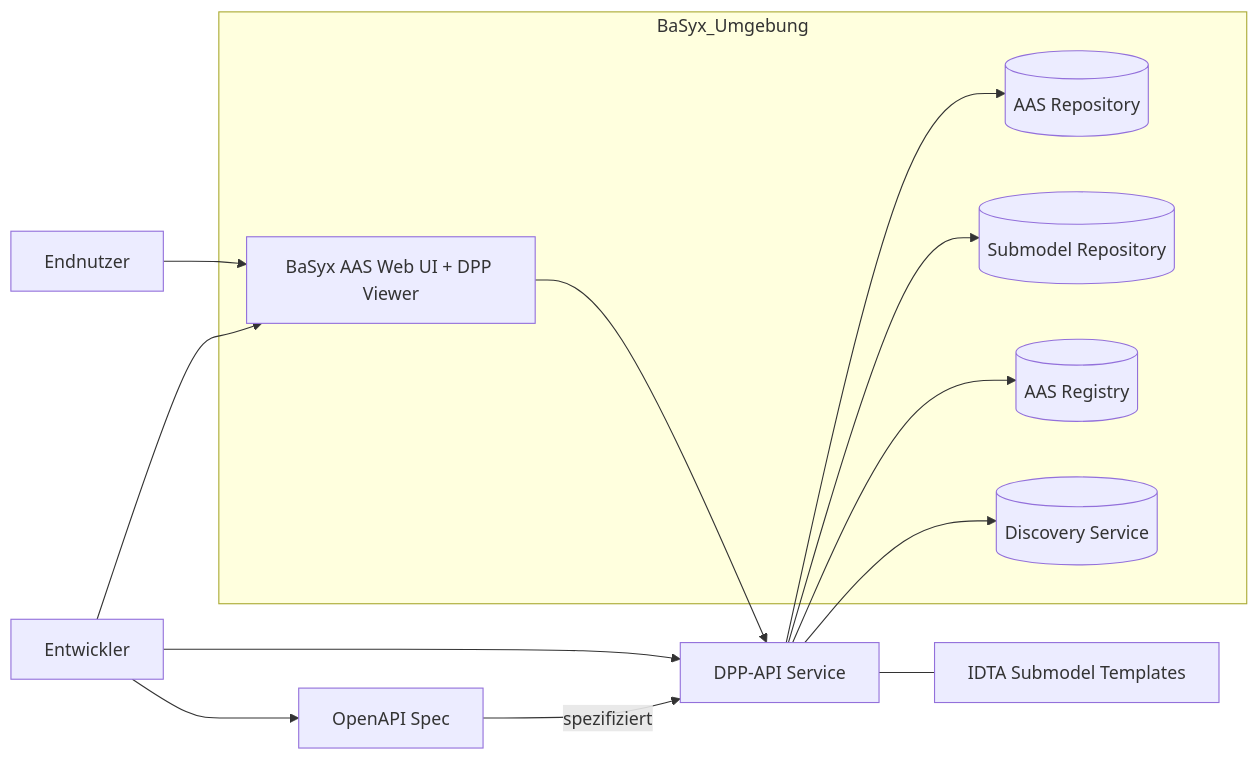
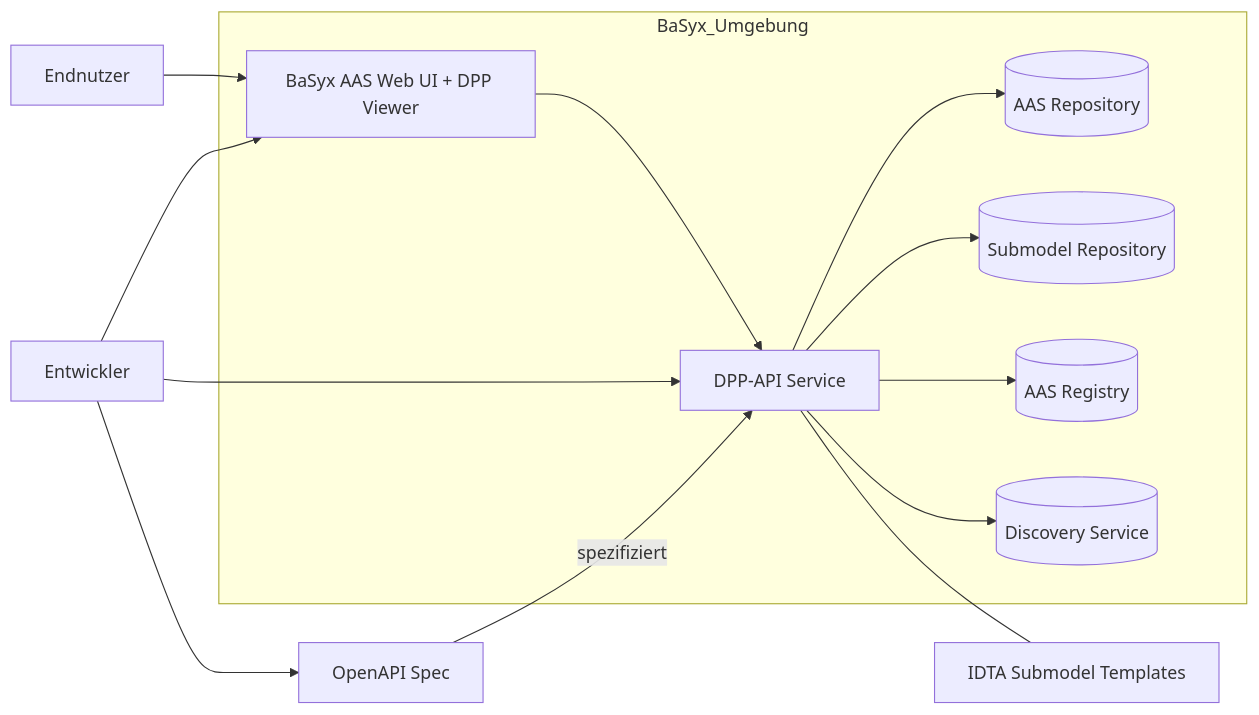
Before and after one commit to DHBW-TINF24F/Team6-BaSyx-DPP-API: the first of 2 diagrams in PROJECT/SRS/SRS.md, drawn with Mermaid. The commit also changed other lines of this file, not shown here.

````diff
--- a/PROJECT/SRS/SRS.md
+++ b/PROJECT/SRS/SRS.md
@@ -85,32 +83,32 @@
 ```mermaid
 graph LR
   %% Systemkontext DPP-API im BaSyx-Stack
   subgraph BaSyx_Umgebung
     WebUI[BaSyx AAS Web UI + DPP Viewer]
     AASRepo[(AAS Repository)]
     SMRepo[(Submodel Repository)]
     Registry[(AAS Registry)]
     Discovery[(Discovery Service)]
+    API[DPP-API Service]
   end
 
-  API[DPP-API Service]
   User[Endnutzer]
   Dev[Entwickler]
   Spec[OpenAPI Spec]
   Templates[IDTA Submodel Templates]
 
   User -->  WebUI
   WebUI --> API
 
   Dev --> API
   Dev --> WebUI
   Dev --> Spec
 
   API --> AASRepo
   API --> SMRepo
   API --> Registry
   API --> Discovery
 
   Spec --> |spezifiziert|API
   API --- Templates
 ```
````
